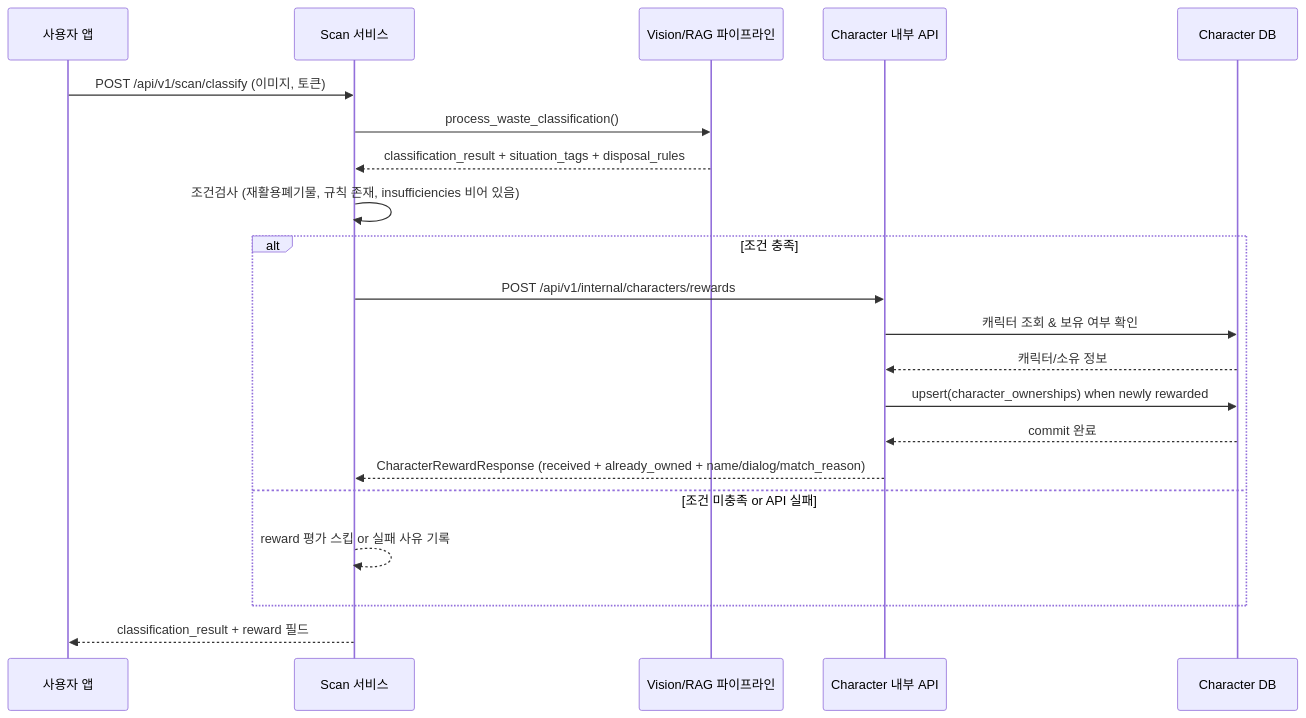
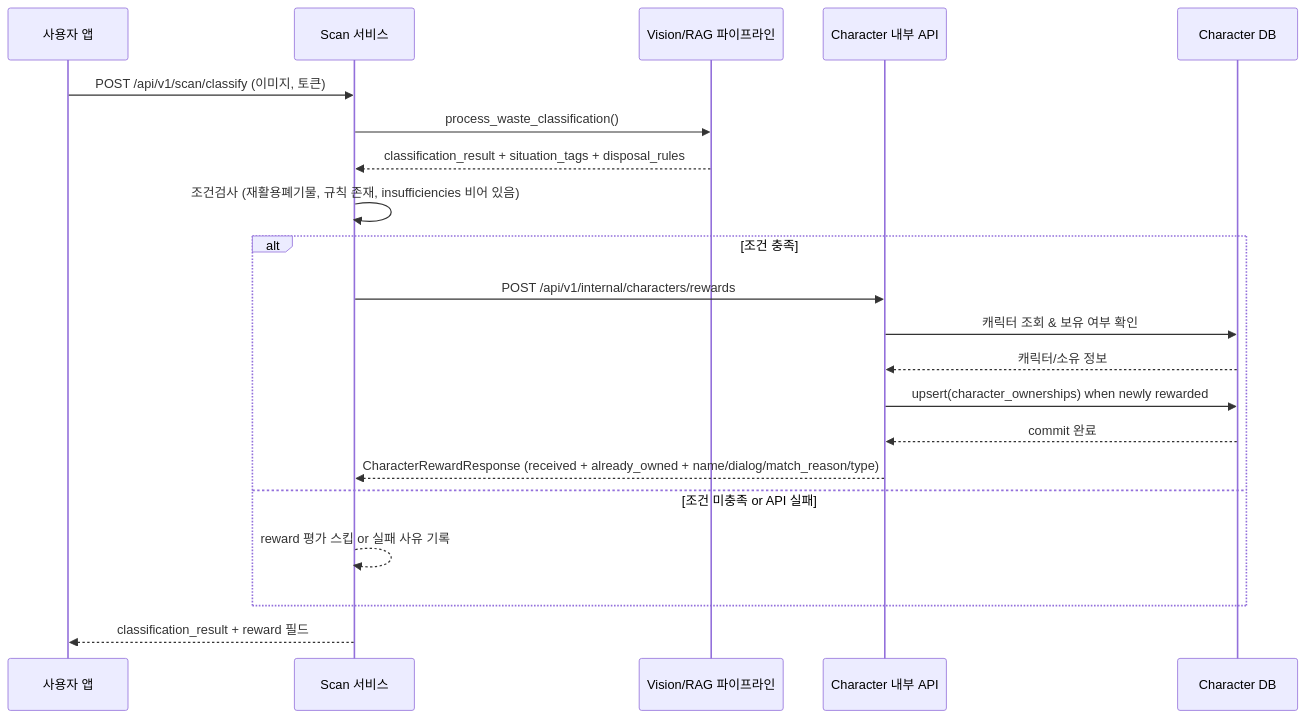
One commit to SeSACTHON/backend changed the diagram in docs/development/SCAN_CHARACTER_REWARD_FLOW.md. Above: the diagram before and after it, drawn with Mermaid. The commit also changed other lines of this file and 2 other files, not shown here.

Commit message:
feat: include reward type in scan response

````diff
--- a/docs/development/SCAN_CHARACTER_REWARD_FLOW.md
+++ b/docs/development/SCAN_CHARACTER_REWARD_FLOW.md
@@ -20,24 +20,24 @@
 ```mermaid
 sequenceDiagram
     participant Client as 사용자 앱
     participant ScanAPI as Scan 서비스
     participant Vision as Vision/RAG 파이프라인
     participant CharacterAPI as Character 내부 API
     participant CharacterDB as Character DB
 
     Client->>ScanAPI: POST /api/v1/scan/classify (이미지, 토큰)
     ScanAPI->>Vision: process_waste_classification()
     Vision-->>ScanAPI: classification_result + situation_tags + disposal_rules
     ScanAPI->>ScanAPI: 조건검사 (재활용폐기물, 규칙 존재, insufficiencies 비어 있음)
     alt 조건 충족
         ScanAPI->>CharacterAPI: POST /api/v1/internal/characters/rewards
         CharacterAPI->>CharacterDB: 캐릭터 조회 & 보유 여부 확인
         CharacterDB-->>CharacterAPI: 캐릭터/소유 정보
         CharacterAPI->>CharacterDB: upsert(character_ownerships) when newly rewarded
         CharacterDB-->>CharacterAPI: commit 완료
-        CharacterAPI-->>ScanAPI: CharacterRewardResponse (received + already_owned + name/dialog/match_reason)
+        CharacterAPI-->>ScanAPI: CharacterRewardResponse (received + already_owned + name/dialog/match_reason/type)
     else 조건 미충족 or API 실패
         ScanAPI-->>ScanAPI: reward 평가 스킵 or 실패 사유 기록
     end
     ScanAPI-->>Client: classification_result + reward 필드
 ```
````
